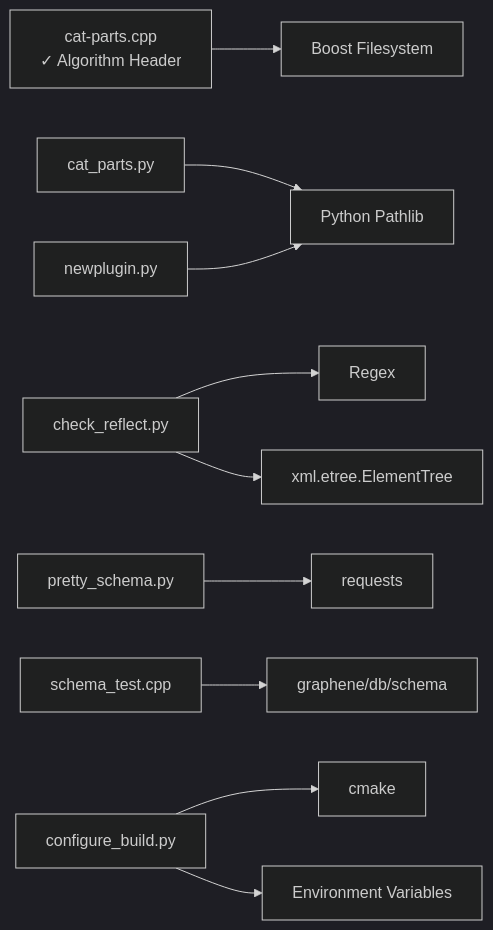
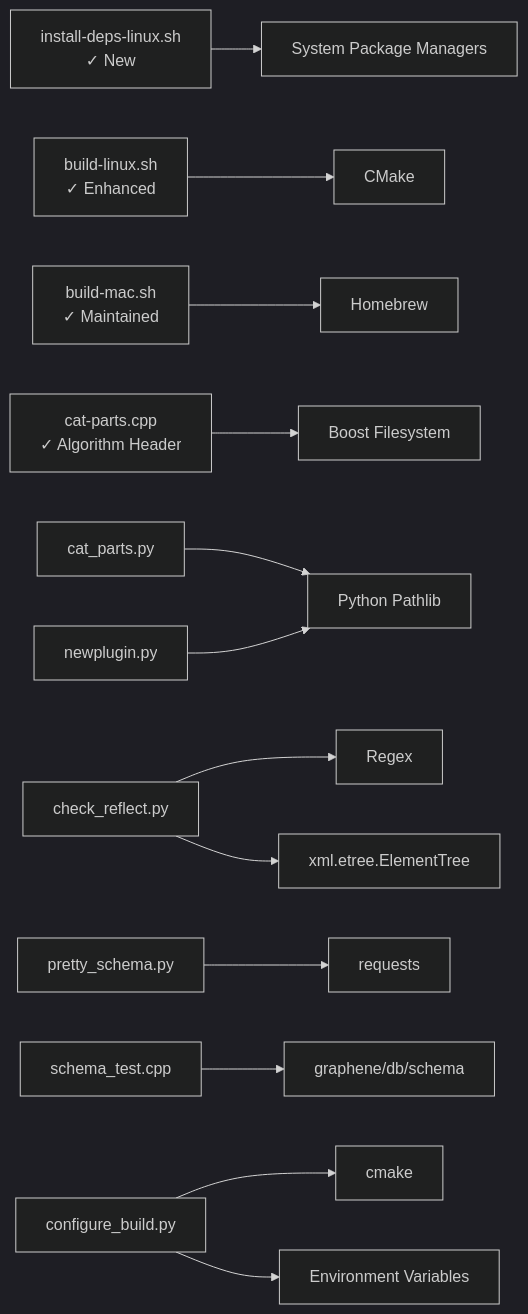
One commit to VIZ-Blockchain/viz-cpp-node changed diagram 12 of 12 in .qoder/repowiki/en/content/Development Tools/Build System/Build Helper Tools/Build Helper Tools.md. Above: the diagram before and after it, drawn with Mermaid (dark theme). The commit also changed other lines of this file and 6 other files, not shown here.

````diff
--- a/.qoder/repowiki/en/content/Development Tools/Build System/Build Helper Tools/Build Helper Tools.md
+++ b/.qoder/repowiki/en/content/Development Tools/Build System/Build Helper Tools/Build Helper Tools.md
@@ -336,12 +448,15 @@
 ```mermaid
 graph LR
+IDL["install-deps-linux.sh<br/>✓ New"] --> SYS["System Package Managers"]
+BL["build-linux.sh<br/>✓ Enhanced"] --> CMAKE["CMake"]
+BM["build-mac.sh<br/>✓ Maintained"] --> HB["Homebrew"]
 CP["cat-parts.cpp<br/>✓ Algorithm Header"] --> FS["Boost Filesystem"]
 CPY["cat_parts.py"] --> PY["Python Pathlib"]
 CR["check_reflect.py"] --> RX["Regex"]
 CR --> XML["xml.etree.ElementTree"]
 NP["newplugin.py"] --> PY
 PS["pretty_schema.py"] --> REQ["requests"]
 ST["schema_test.cpp"] --> SCH["graphene/db/schema"]
 CFG["configure_build.py"] --> CMK["cmake"]
 CFG --> ENV["Environment Variables"]
 ```
````
